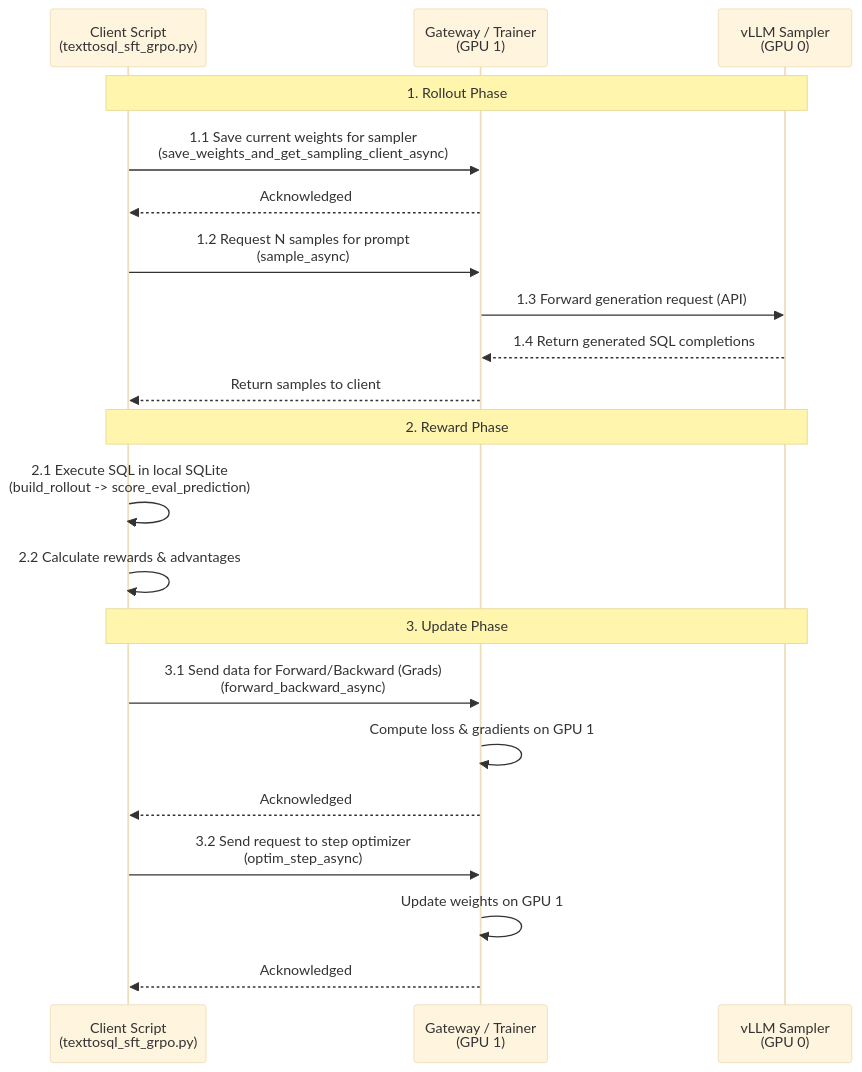
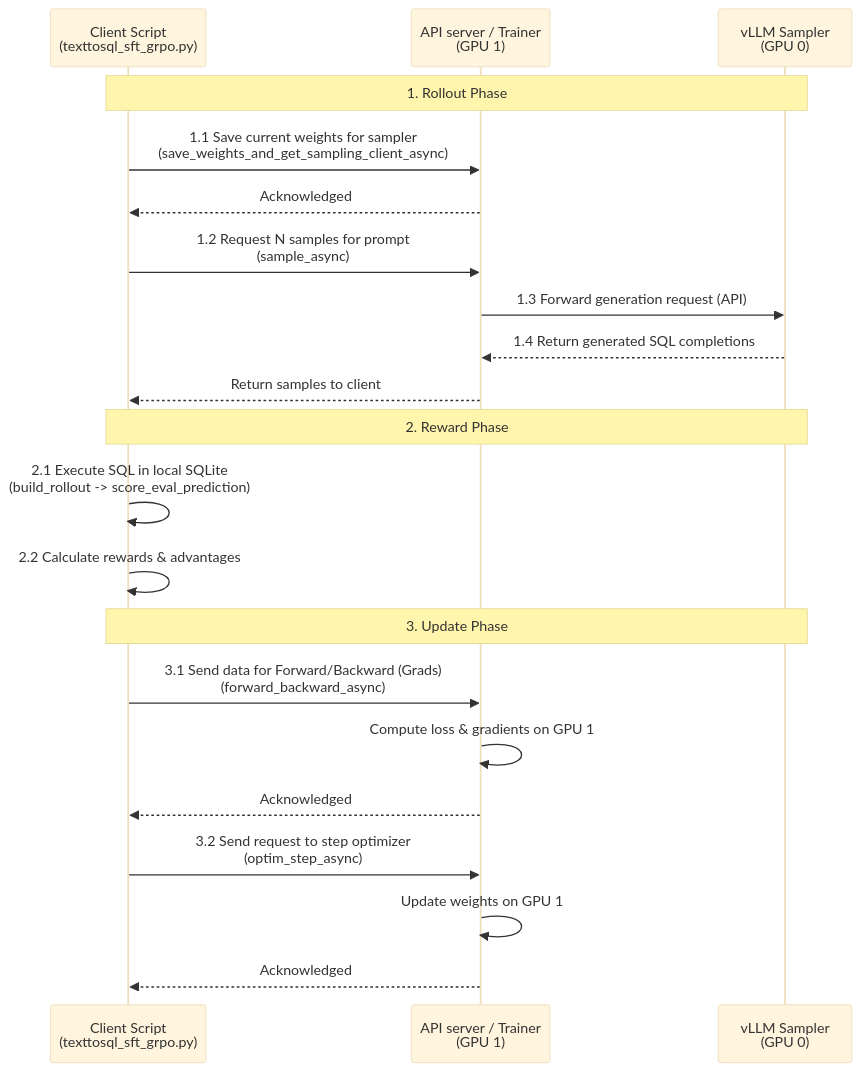
One commit to ShubyM/open-rl changed the diagram in examples/text-to-sql/README.md. Above: the diagram before and after it, drawn with Mermaid (base theme). The commit also changed other lines of this file and 90 other files, not shown here.

Commit message:
Rename the gateway to the API server (#253)

````diff
--- a/examples/text-to-sql/README.md
+++ b/examples/text-to-sql/README.md
@@ -22,26 +22,26 @@
 ```mermaid
 sequenceDiagram
     participant Client as Client Script<br/>(texttosql_sft_grpo.py)
-    participant Gateway as Gateway / Trainer<br/>(GPU 1)
+    participant APIServer as API server / Trainer<br/>(GPU 1)
     participant Sampler as vLLM Sampler<br/>(GPU 0)
 
     Note over Client,Sampler: 1. Rollout Phase
-    Client->>Gateway: 1.1 Save current weights for sampler<br/>(save_weights_and_get_sampling_client_async)
-    Gateway-->>Client: Acknowledged
-    Client->>Gateway: 1.2 Request N samples for prompt<br/>(sample_async)
-    Gateway->>Sampler: 1.3 Forward generation request (API)
-    Sampler-->>Gateway: 1.4 Return generated SQL completions
-    Gateway-->>Client: Return samples to client
+    Client->>APIServer: 1.1 Save current weights for sampler<br/>(save_weights_and_get_sampling_client_async)
+    APIServer-->>Client: Acknowledged
+    Client->>APIServer: 1.2 Request N samples for prompt<br/>(sample_async)
+    APIServer->>Sampler: 1.3 Forward generation request (API)
+    Sampler-->>APIServer: 1.4 Return generated SQL completions
+    APIServer-->>Client: Return samples to client
 
     Note over Client,Sampler: 2. Reward Phase
     Client->>Client: 2.1 Execute SQL in local SQLite<br/>(build_rollout -> score_eval_prediction)
     Client->>Client: 2.2 Calculate rewards & advantages
 
     Note over Client,Sampler: 3. Update Phase
-    Client->>Gateway: 3.1 Send data for Forward/Backward (Grads)<br/>(forward_backward_async)
-    Gateway->>Gateway: Compute loss & gradients on GPU 1
-    Gateway-->>Client: Acknowledged
-    Client->>Gateway: 3.2 Send request to step optimizer<br/>(optim_step_async)
-    Gateway->>Gateway: Update weights on GPU 1
-    Gateway-->>Client: Acknowledged
+    Client->>APIServer: 3.1 Send data for Forward/Backward (Grads)<br/>(forward_backward_async)
+    APIServer->>APIServer: Compute loss & gradients on GPU 1
+    APIServer-->>Client: Acknowledged
+    Client->>APIServer: 3.2 Send request to step optimizer<br/>(optim_step_async)
+    APIServer->>APIServer: Update weights on GPU 1
+    APIServer-->>Client: Acknowledged
 ```
````
